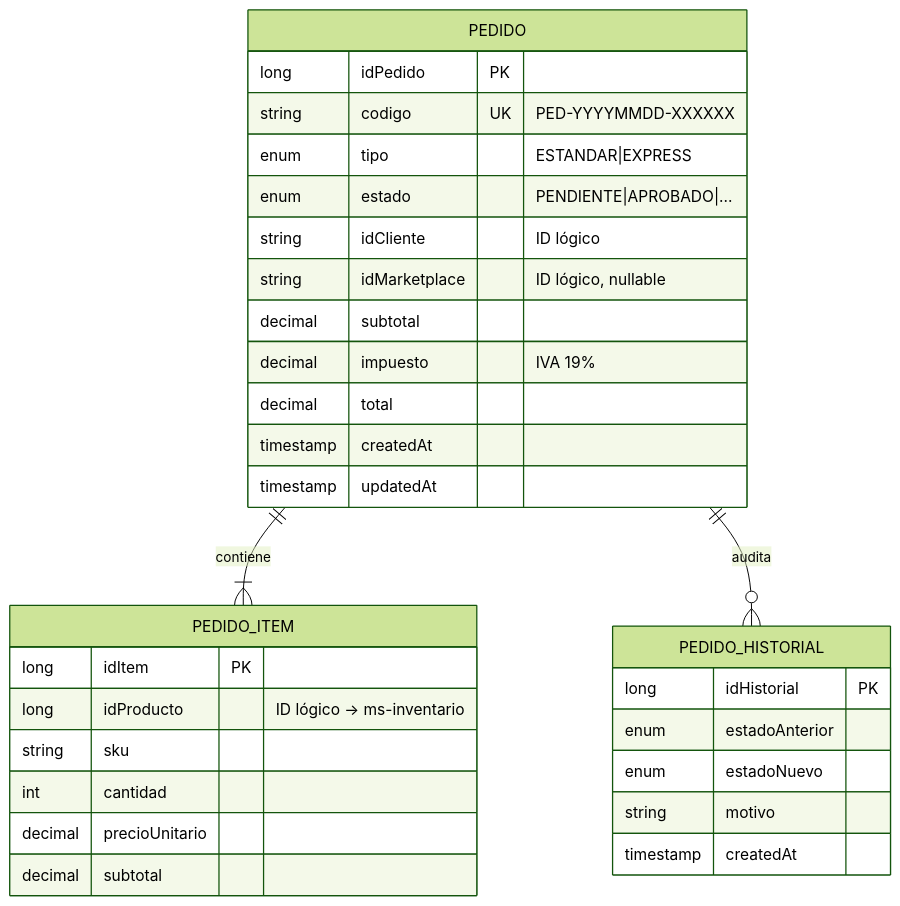
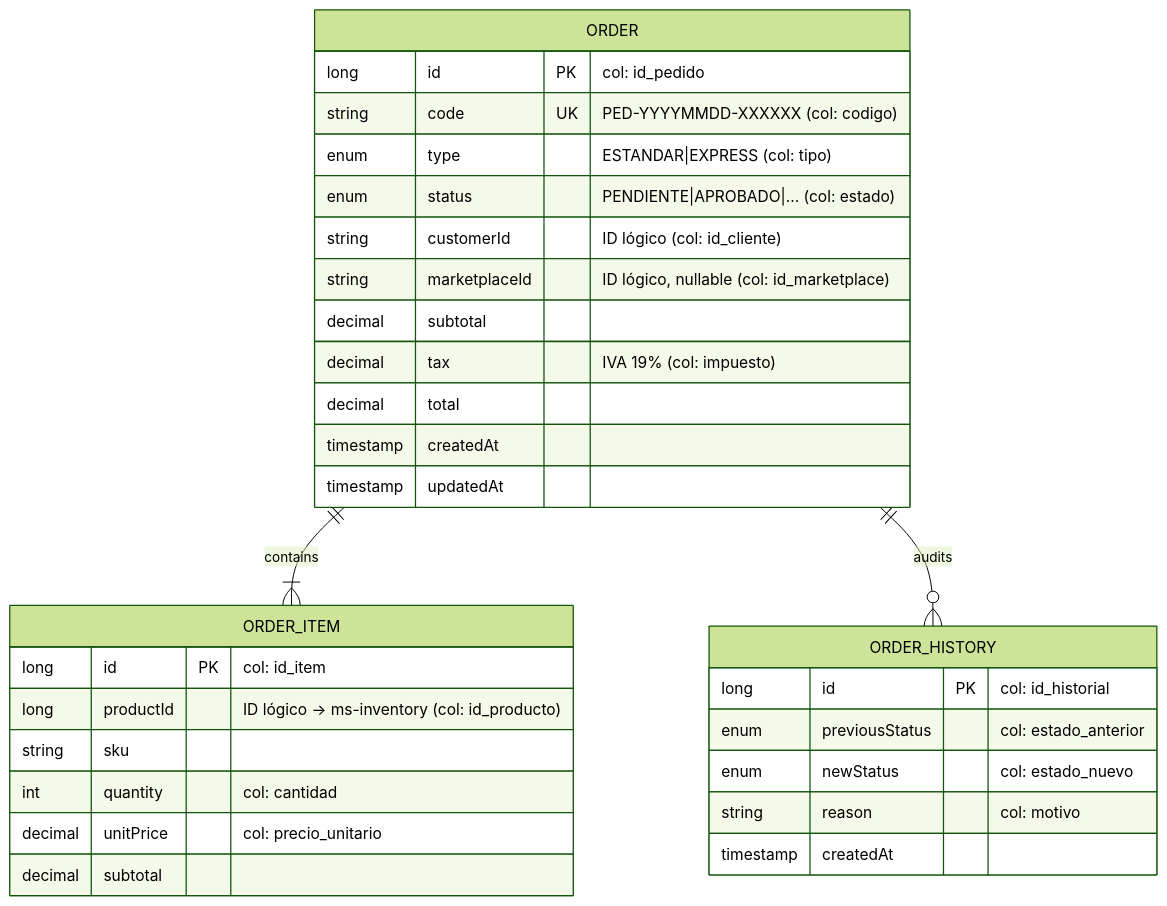
Before and after one commit to smartLogixfs/smartlogixs: the first of 3 diagrams in backend/ms-order/README.md, drawn with Mermaid (forest theme). The commit also changed other lines of this file and 8 other files, not shown here.

````diff
--- a/backend/ms-order/README.md
+++ b/backend/ms-order/README.md
@@ -37,34 +55,34 @@
 ```mermaid
 erDiagram
-    PEDIDO ||--|{ PEDIDO_ITEM : "contiene"
-    PEDIDO ||--o{ PEDIDO_HISTORIAL : "audita"
+    ORDER ||--|{ ORDER_ITEM : "contains"
+    ORDER ||--o{ ORDER_HISTORY : "audits"
 
-    PEDIDO {
-        long idPedido PK
-        string codigo UK "PED-YYYYMMDD-XXXXXX"
-        enum tipo "ESTANDAR|EXPRESS"
-        enum estado "PENDIENTE|APROBADO|..."
-        string idCliente "ID lógico"
-        string idMarketplace "ID lógico, nullable"
+    ORDER {
+        long id PK "col: id_pedido"
+        string code UK "PED-YYYYMMDD-XXXXXX (col: codigo)"
+        enum type "ESTANDAR|EXPRESS (col: tipo)"
+        enum status "PENDIENTE|APROBADO|... (col: estado)"
+        string customerId "ID lógico (col: id_cliente)"
+        string marketplaceId "ID lógico, nullable (col: id_marketplace)"
         decimal subtotal
-        decimal impuesto "IVA 19%"
+        decimal tax "IVA 19% (col: impuesto)"
         decimal total
         timestamp createdAt
         timestamp updatedAt
     }
-    PEDIDO_ITEM {
-        long idItem PK
-        long idProducto "ID lógico → ms-inventario"
+    ORDER_ITEM {
+        long id PK "col: id_item"
+        long productId "ID lógico → ms-inventory (col: id_producto)"
         string sku
-        int cantidad
-        decimal precioUnitario
+        int quantity "col: cantidad"
+        decimal unitPrice "col: precio_unitario"
         decimal subtotal
     }
-    PEDIDO_HISTORIAL {
-        long idHistorial PK
-        enum estadoAnterior
-        enum estadoNuevo
-        string motivo
+    ORDER_HISTORY {
+        long id PK "col: id_historial"
+        enum previousStatus "col: estado_anterior"
+        enum newStatus "col: estado_nuevo"
+        string reason "col: motivo"
         timestamp createdAt
     }
 ```
````
